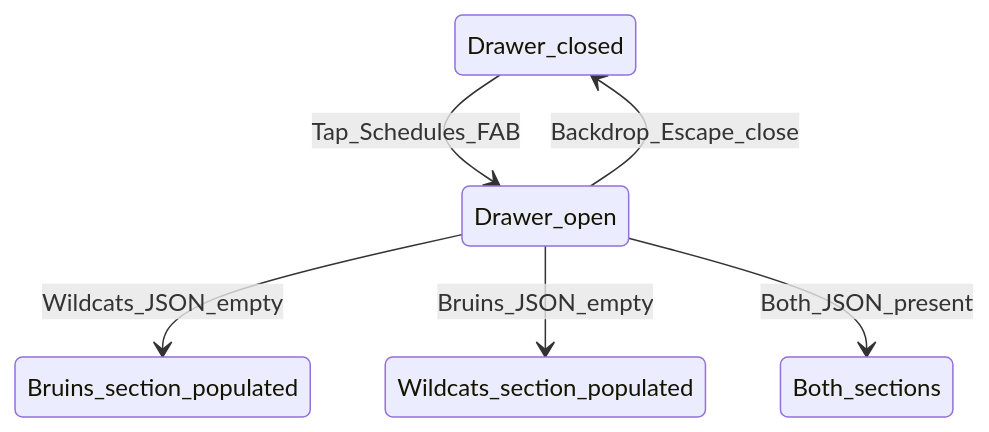
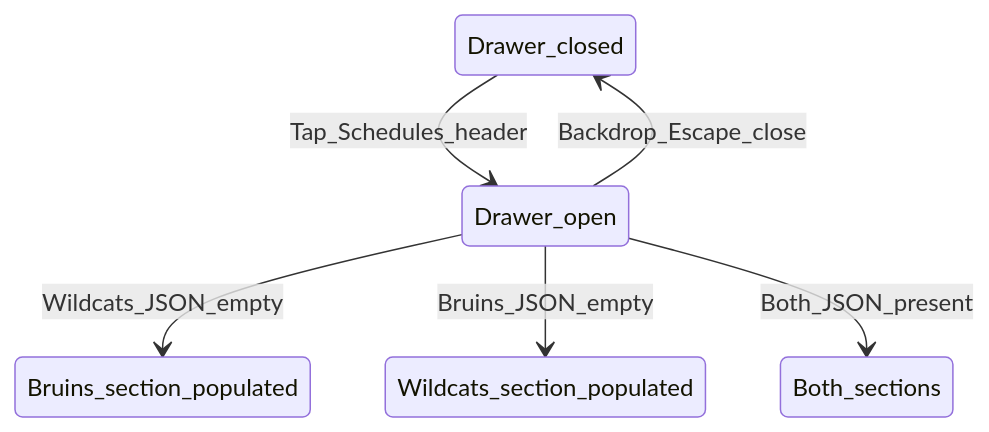
The diagram in projects/rink-radar/docs/flows/flow-e-schedules-companion.md (alexcat617/Tadpole), drawn with Mermaid before and after one commit. The commit also changed other lines of this file and 4 other files, not shown here.

First line of the commit message:
feat(rink-radar): Hype FAB, schedules in header, blur moment

````diff
--- a/projects/rink-radar/docs/flows/flow-e-schedules-companion.md
+++ b/projects/rink-radar/docs/flows/flow-e-schedules-companion.md
@@ -19,15 +19,15 @@
 ```mermaid
 stateDiagram-v2
   direction TB
   closed: Drawer_closed
   open: Drawer_open
   bruinsOnly: Bruins_section_populated
   wildcatsOnly: Wildcats_section_populated
   both: Both_sections
 
-  closed --> open: Tap_Schedules_FAB
+  closed --> open: Tap_Schedules_header
   open --> closed: Backdrop_Escape_close
   open --> bruinsOnly: Wildcats_JSON_empty
   open --> wildcatsOnly: Bruins_JSON_empty
   open --> both: Both_JSON_present
 ```
````
